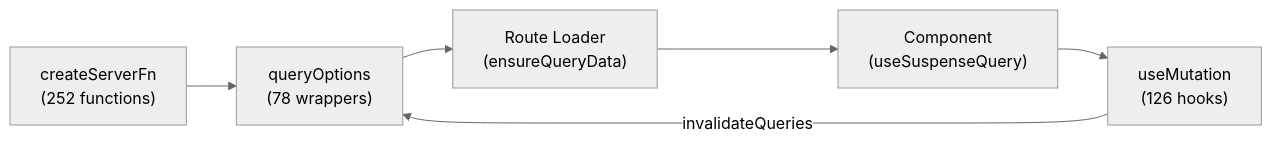
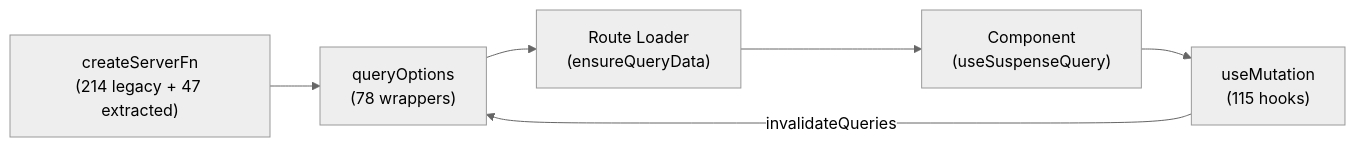
One commit to scaliuslabs/scalius-commerce-lite changed the third of 3 diagrams in README.MD. Above: the diagram before and after it, drawn with Mermaid (neutral theme). The commit also changed other lines of this file and 11 other files, not shown here.

````diff
--- a/README.MD
+++ b/README.MD
@@ -217,8 +217,8 @@
 ```mermaid
 flowchart LR
-    SF["createServerFn<br/>(252 functions)"] --> QO["queryOptions<br/>(78 wrappers)"]
+    SF["createServerFn<br/>(214 legacy + 47 extracted)"] --> QO["queryOptions<br/>(78 wrappers)"]
     QO --> L["Route Loader<br/>(ensureQueryData)"]
     L --> C["Component<br/>(useSuspenseQuery)"]
-    C --> M["useMutation<br/>(126 hooks)"]
+    C --> M["useMutation<br/>(115 hooks)"]
     M -->|invalidateQueries| QO
 ```
````
